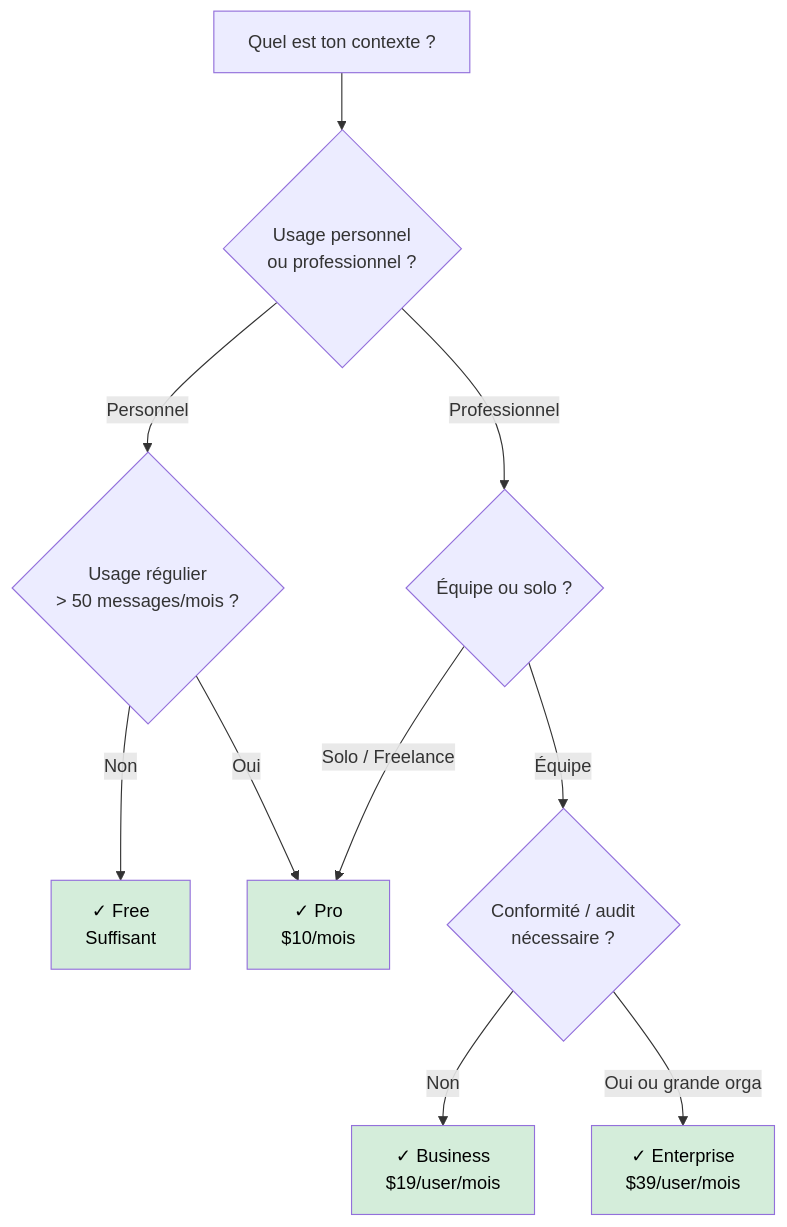
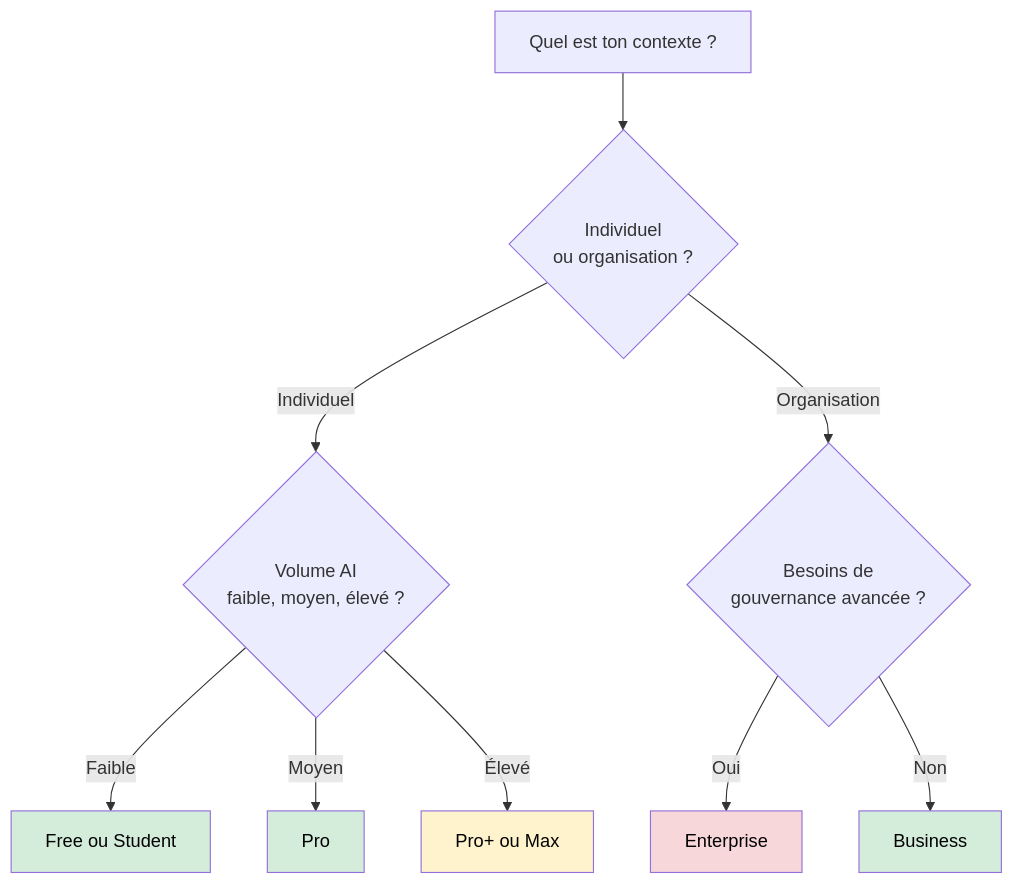
One commit to FTurleque/doc-utilisation-ia changed the diagram in docs/chapitre-12-couts-gouvernance/abonnements.md. Above: the diagram before and after it, drawn with Mermaid. The commit also changed other lines of this file and 30 other files, not shown here.

````diff
--- a/docs/chapitre-12-couts-gouvernance/abonnements.md
+++ b/docs/chapitre-12-couts-gouvernance/abonnements.md
@@ -126,17 +103,17 @@
 ```mermaid
 graph TD
-    A[Quel est ton contexte ?] --> B{Usage personnel\nou professionnel ?}
-    B -->|Personnel| C{Usage régulier\n> 50 messages/mois ?}
-    C -->|Non| D["✓ Free\nSuffisant"]
-    C -->|Oui| E["✓ Pro\n$10/mois"]
-    B -->|Professionnel| F{Équipe ou solo ?}
-    F -->|Solo / Freelance| E
-    F -->|Équipe| G{Conformité / audit\nnécessaire ?}
-    G -->|Non| H["✓ Business\n$19/user/mois"]
-    G -->|Oui ou grande orga| I["✓ Enterprise\n$39/user/mois"]
+    A[Quel est ton contexte ?] --> B{Individuel\nou organisation ?}
+    B -->|Individuel| C{Volume AI\nfaible, moyen, élevé ?}
+    C -->|Faible| D[Free ou Student]
+    C -->|Moyen| E[Pro]
+    C -->|Élevé| F[Pro+ ou Max]
+    B -->|Organisation| G{Besoins de\ngouvernance avancée ?}
+    G -->|Oui| H[Enterprise]
+    G -->|Non| I[Business]
 
     style D fill:#d4edda,color:#000
     style E fill:#d4edda,color:#000
-    style H fill:#d4edda,color:#000
+    style F fill:#fff3cd,color:#000
+    style H fill:#f8d7da,color:#000
     style I fill:#d4edda,color:#000
 ```
````
